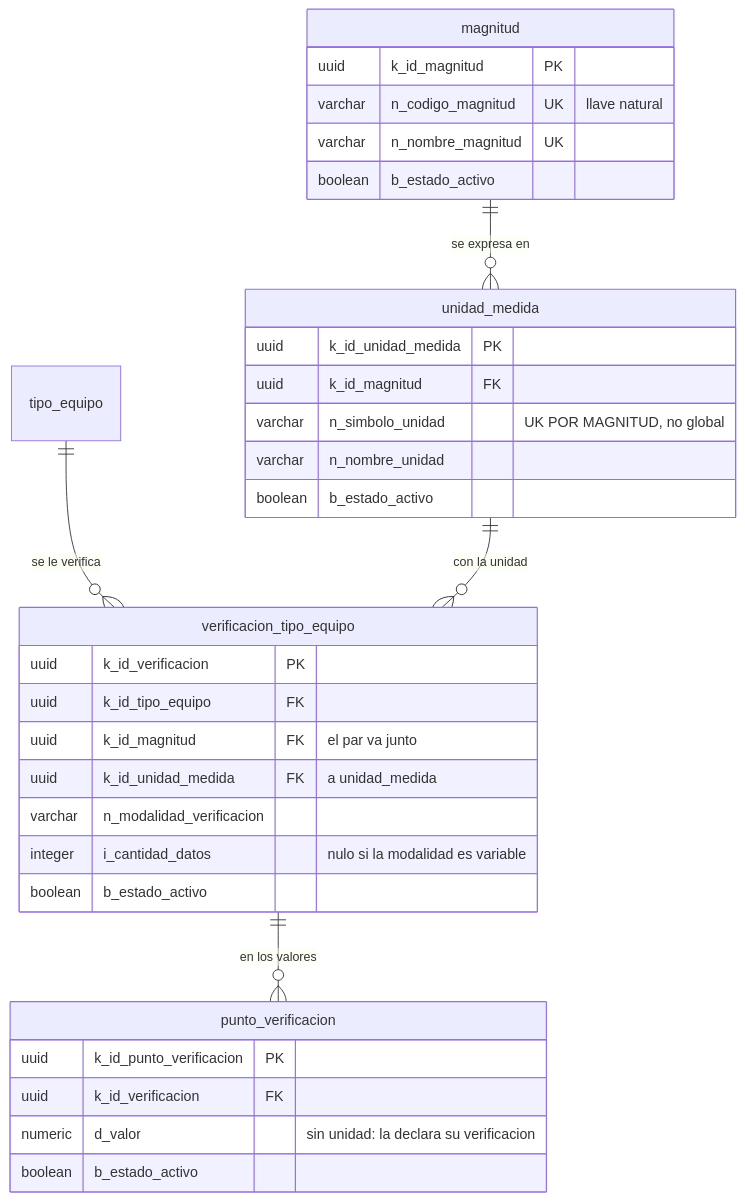
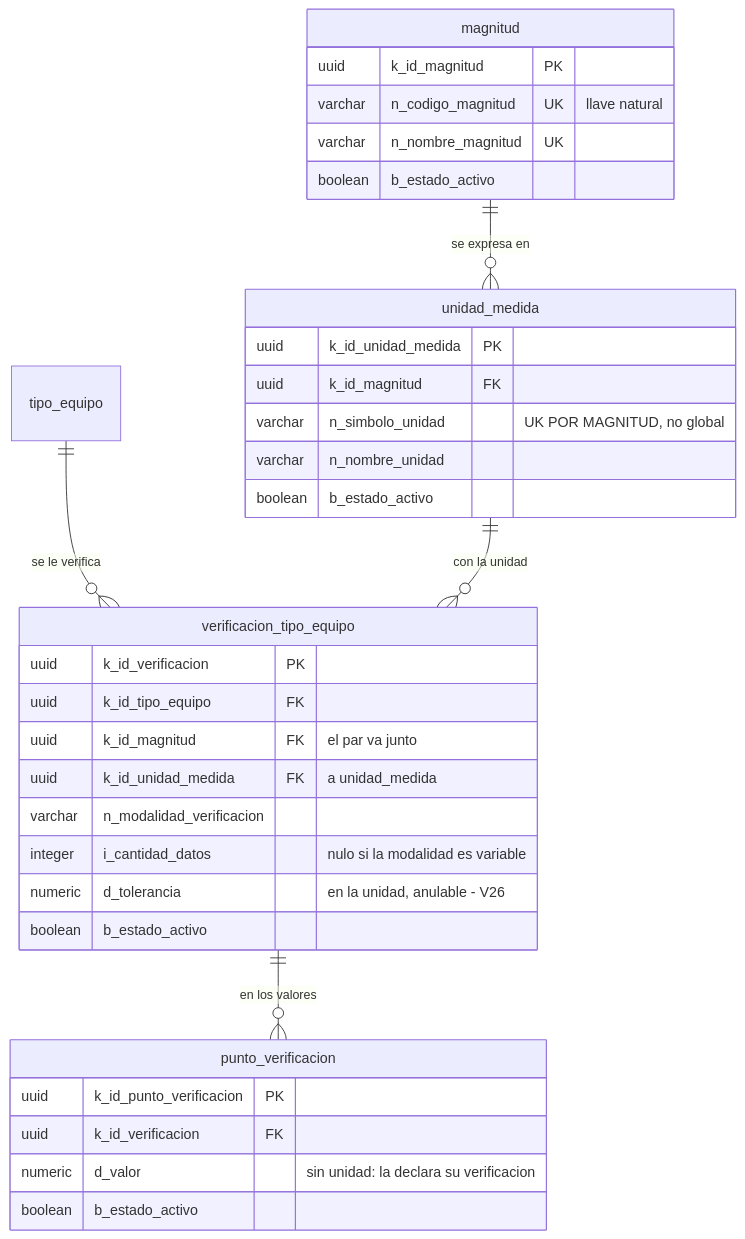
Before and after one commit to SeanBol222/MalphasOs: the sixth of 10 diagrams in SecondBrain/wiki/base-de-datos/esquema-bd-malphasos.md, drawn with Mermaid. The commit also changed other lines of this file and 9 other files, not shown here.

````diff
--- a/SecondBrain/wiki/base-de-datos/esquema-bd-malphasos.md
+++ b/SecondBrain/wiki/base-de-datos/esquema-bd-malphasos.md
@@ -395,35 +417,36 @@
 ```mermaid
 erDiagram
     magnitud ||--o{ unidad_medida : "se expresa en"
     tipo_equipo ||--o{ verificacion_tipo_equipo : "se le verifica"
     unidad_medida ||--o{ verificacion_tipo_equipo : "con la unidad"
     verificacion_tipo_equipo ||--o{ punto_verificacion : "en los valores"
     magnitud {
         uuid k_id_magnitud PK
         varchar n_codigo_magnitud UK "llave natural"
         varchar n_nombre_magnitud UK
         boolean b_estado_activo
     }
     unidad_medida {
         uuid k_id_unidad_medida PK
         uuid k_id_magnitud FK
         varchar n_simbolo_unidad "UK POR MAGNITUD, no global"
         varchar n_nombre_unidad
         boolean b_estado_activo
     }
     verificacion_tipo_equipo {
         uuid k_id_verificacion PK
         uuid k_id_tipo_equipo FK
         uuid k_id_magnitud FK "el par va junto"
         uuid k_id_unidad_medida FK "a unidad_medida"
         varchar n_modalidad_verificacion
         integer i_cantidad_datos "nulo si la modalidad es variable"
+        numeric d_tolerancia "en la unidad, anulable - V26"
         boolean b_estado_activo
     }
     punto_verificacion {
         uuid k_id_punto_verificacion PK
         uuid k_id_verificacion FK
         numeric d_valor "sin unidad: la declara su verificacion"
         boolean b_estado_activo
     }
 ```
````
